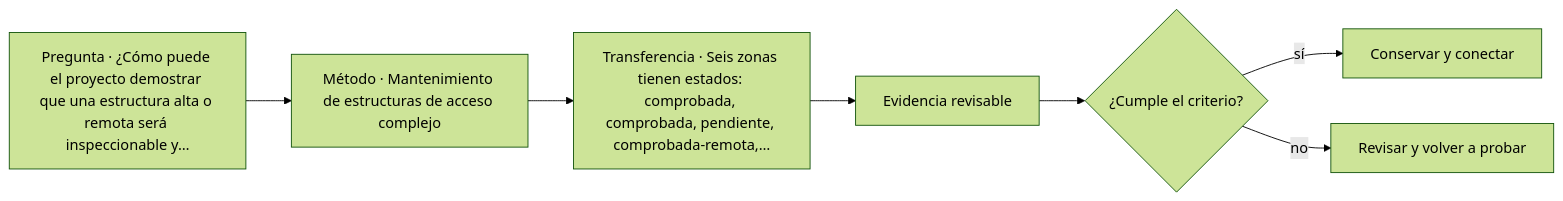
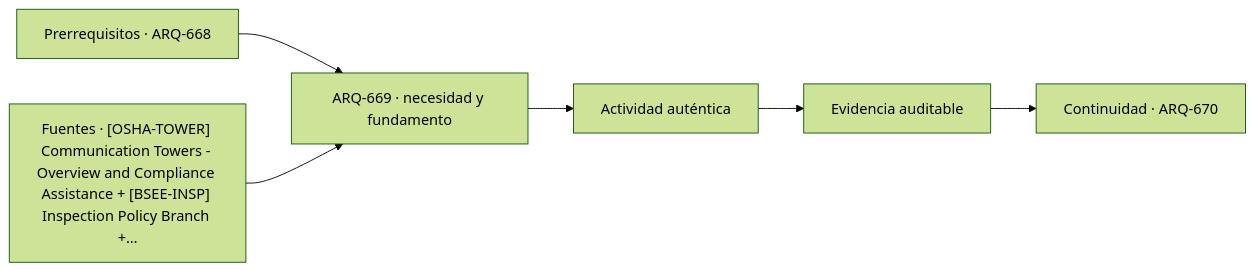
Before and after one commit to vladimiracunadev-create/architecture-built-environment-learning-program: the diagram in classes/parte-67/ARQ-669.md, drawn with Mermaid (forest theme). The commit also changed other lines of this file and 761 other files, not shown here.

````diff
--- a/classes/parte-67/ARQ-669.md
+++ b/classes/parte-67/ARQ-669.md
@@ -68,9 +80,8 @@
 ```mermaid
 flowchart LR
-    Q["Pregunta · ¿Cómo puede el proyecto demostrar que una estructura alta o remota será inspeccionable y…"] --> M["Método · Mantenimiento de estructuras de acceso complejo"]
-    M --> P["Transferencia · Seis zonas tienen estados: comprobada, comprobada, pendiente, comprobada-remota,…"]
-    P --> E["Evidencia revisable"]
-    E --> C{"¿Cumple el criterio?"}
-    C -->|sí| T["Conservar y conectar"]
-    C -->|no| R["Revisar y volver a probar"]
+    A["Prerrequisitos · ARQ-668"] --> B["ARQ-669 · necesidad y fundamento"]
+    S["Fuentes · [OSHA-TOWER] Communication Towers - Overview and Compliance Assistance + [BSEE-INSP] Inspection Policy Branch +…"] --> B
+    B --> C["Actividad auténtica"]
+    C --> D["Evidencia auditable"]
+    D --> E["Continuidad · ARQ-670"]
 ```
````
